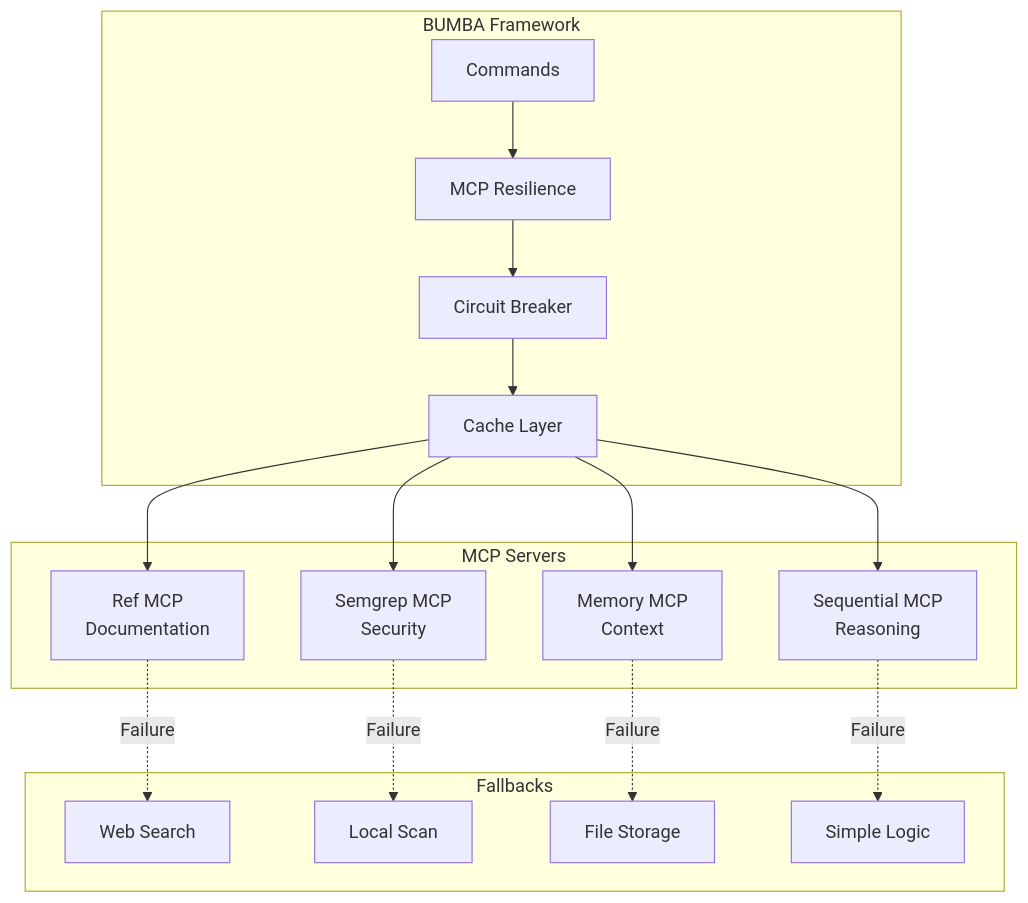
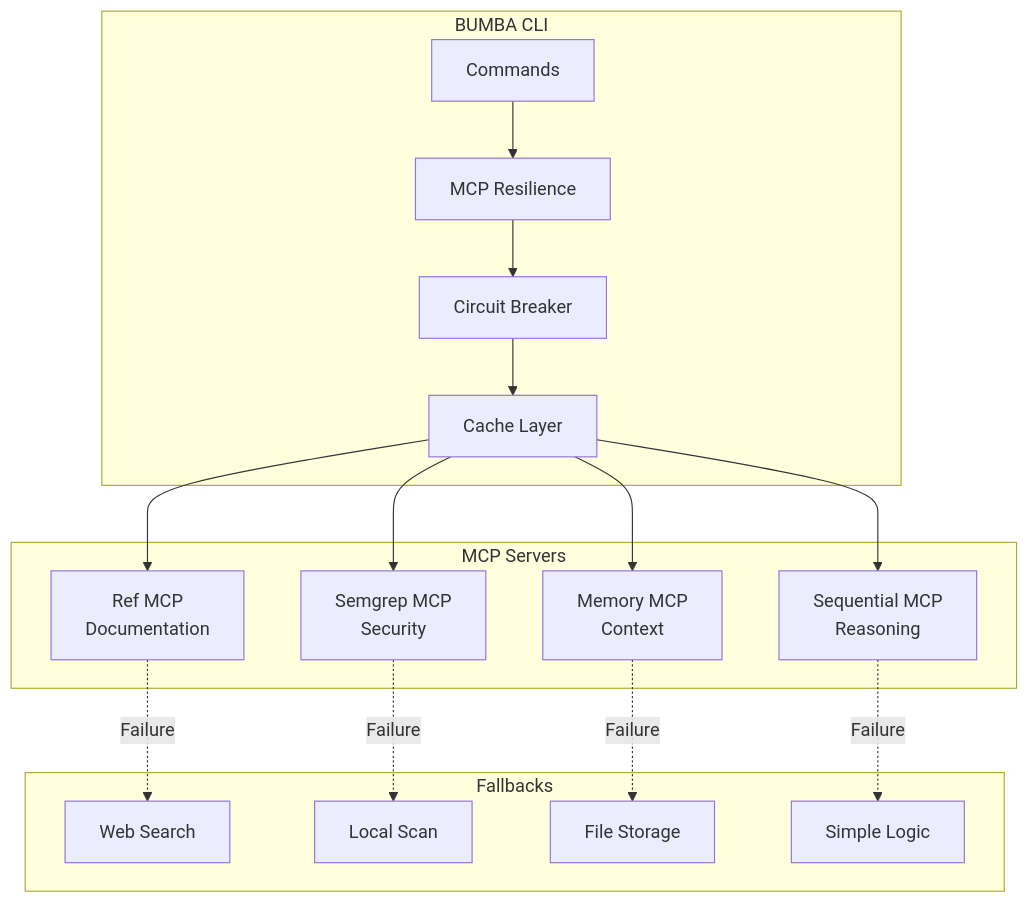
Before and after one commit to a2z2k25/BUMBA-2.0: the sixth of 10 diagrams in docs/02-architecture/SYSTEM_ARCHITECTURE.MD, drawn with Mermaid. The commit also changed other lines of this file and 241 other files, not shown here.

````diff
--- a/docs/02-architecture/SYSTEM_ARCHITECTURE.MD
+++ b/docs/02-architecture/SYSTEM_ARCHITECTURE.MD
@@ -235,37 +235,37 @@
 ```mermaid
 graph TB
-    subgraph "BUMBA Framework"
+    subgraph "BUMBA CLI"
         CMD[Commands]
         MCPR[MCP Resilience]
         CB[Circuit Breaker]
         CACHE[Cache Layer]
     end
     
     subgraph "MCP Servers"
         REF[Ref MCP<br/>Documentation]
         SEM[Semgrep MCP<br/>Security]
         MEM2[Memory MCP<br/>Context]
         SEQ[Sequential MCP<br/>Reasoning]
     end
     
     subgraph "Fallbacks"
         WEB2[Web Search]
         LOCAL[Local Scan]
         FILE[File Storage]
         SIMPLE[Simple Logic]
     end
     
     CMD --> MCPR
     MCPR --> CB
     CB --> CACHE
     
     CACHE --> REF
     CACHE --> SEM
     CACHE --> MEM2
     CACHE --> SEQ
     
     REF -.->|Failure| WEB2
     SEM -.->|Failure| LOCAL
     MEM2 -.->|Failure| FILE
     SEQ -.->|Failure| SIMPLE
 ```
````
